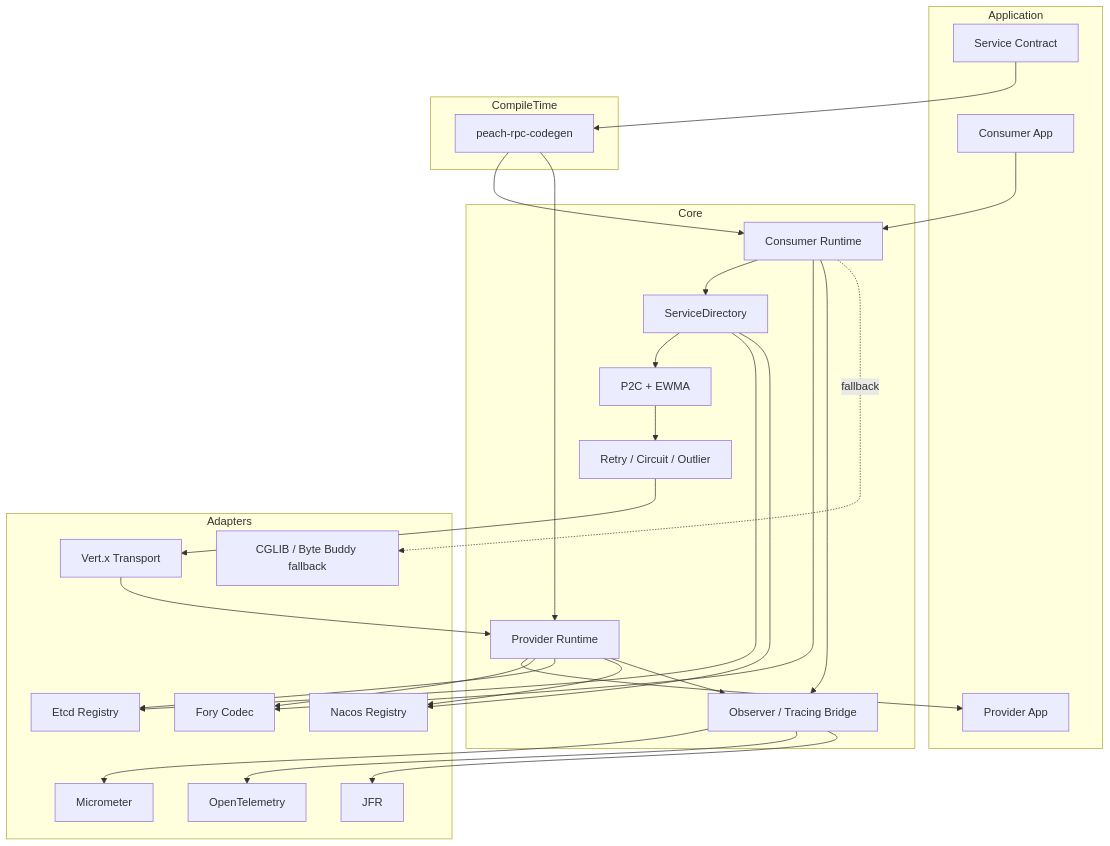
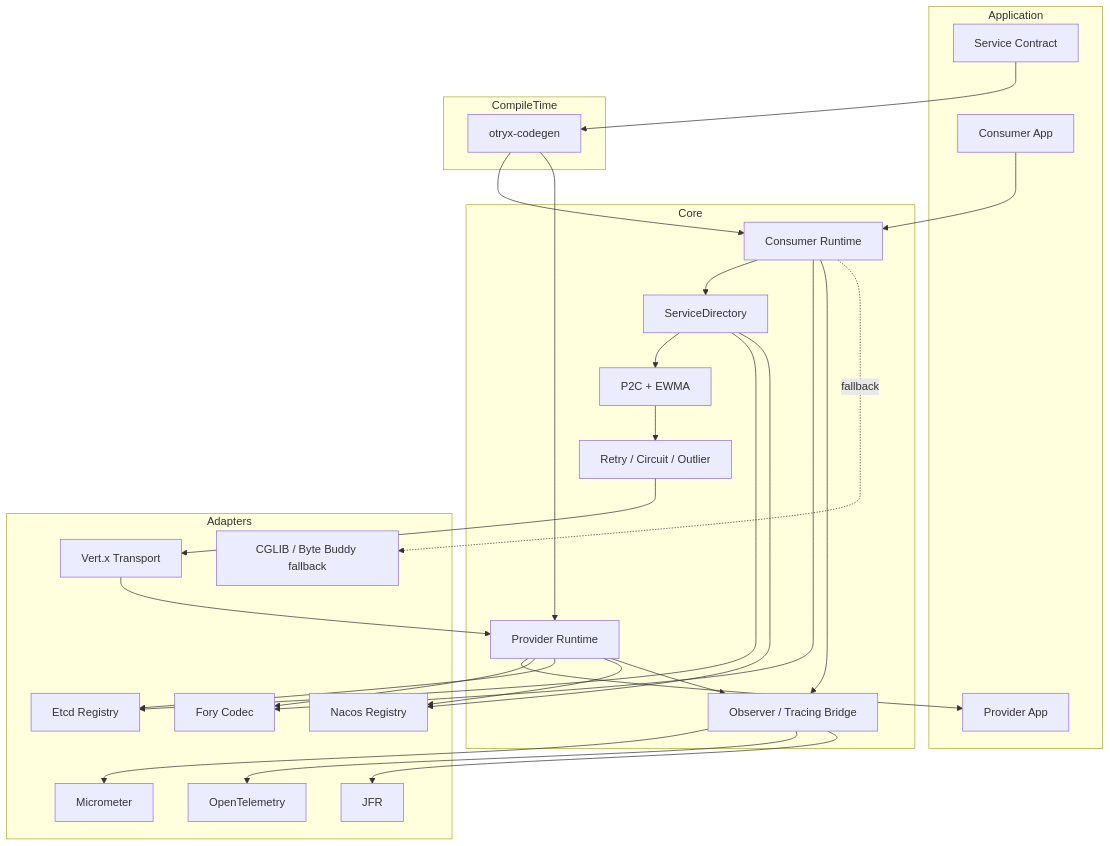
Before and after one commit to Ryan-Guizhou/peach-rpc: the first of 3 diagrams in docs/technical-solution.md, drawn with Mermaid. The commit also changed other lines of this file and 339 other files, not shown here.

````diff
--- a/docs/technical-solution.md
+++ b/docs/technical-solution.md
@@ -35,51 +35,51 @@
 ```mermaid
 flowchart TB
     subgraph Application
         Contract[Service Contract]
         ConsumerApp[Consumer App]
         ProviderApp[Provider App]
     end
 
     subgraph CompileTime
-        Codegen[peach-rpc-codegen]
+        Codegen[otryx-codegen]
     end
 
     subgraph Core
         Client[Consumer Runtime]
         Server[Provider Runtime]
         Directory[ServiceDirectory]
         LB[P2C + EWMA]
         Resilience[Retry / Circuit / Outlier]
         Observer[Observer / Tracing Bridge]
     end
 
     subgraph Adapters
         Vertx[Vert.x Transport]
         Fory[Fory Codec]
         Etcd[Etcd Registry]
         Nacos[Nacos Registry]
         Proxy[CGLIB / Byte Buddy fallback]
         Micrometer[Micrometer]
         OTel[OpenTelemetry]
         JFR[JFR]
     end
 
     Contract --> Codegen
     Codegen --> Client
     Codegen --> Server
     ConsumerApp --> Client
     Client --> Directory --> LB --> Resilience --> Vertx
     Vertx --> Server --> ProviderApp
     Client --> Fory
     Server --> Fory
     Directory --> Etcd
     Directory --> Nacos
     Server --> Etcd
     Server --> Nacos
     Client --> Observer
     Server --> Observer
     Observer --> Micrometer
     Observer --> OTel
     Observer --> JFR
     Client -. fallback .-> Proxy
 ```
````
